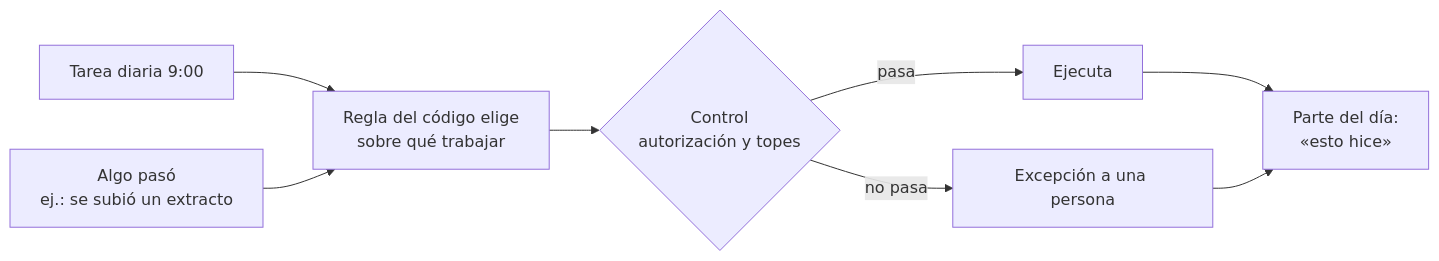
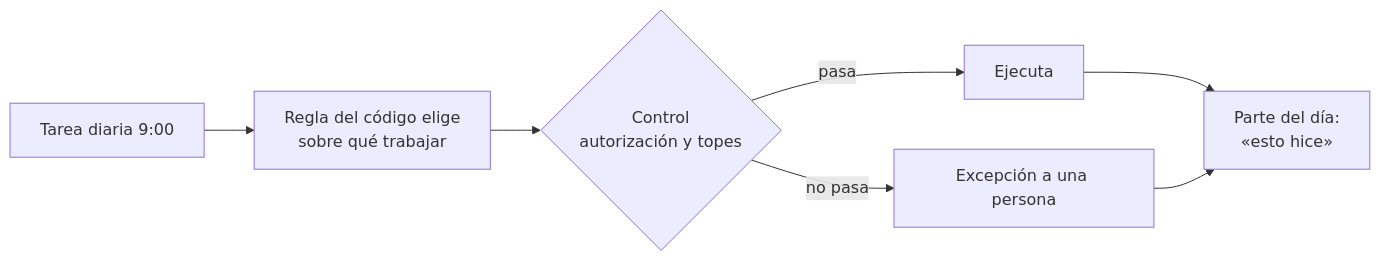
Before and after one commit to Gestion-Studio-Grow/ERP: the fourth of 4 diagrams in docs/tenants/mia-producciones/agentes/07-flujo-de-trabajo-completo.md, drawn with Mermaid. The commit also changed other lines of this file and 5 other files, not shown here.

````diff
--- a/docs/tenants/mia-producciones/agentes/07-flujo-de-trabajo-completo.md
+++ b/docs/tenants/mia-producciones/agentes/07-flujo-de-trabajo-completo.md
@@ -137,10 +137,9 @@
 ```mermaid
 flowchart LR
   T[Tarea diaria 9:00] --> S[Regla del código elige<br/>sobre qué trabajar]
-  EV[Algo pasó<br/>ej.: se subió un extracto] --> S
   S --> C{Control<br/>autorización y topes}
   C -- pasa --> X[Ejecuta]
   C -- no pasa --> EX[Excepción a una persona]
   X --> PA[Parte del día:<br/>«esto hice»]
   EX --> PA
 ```
````
